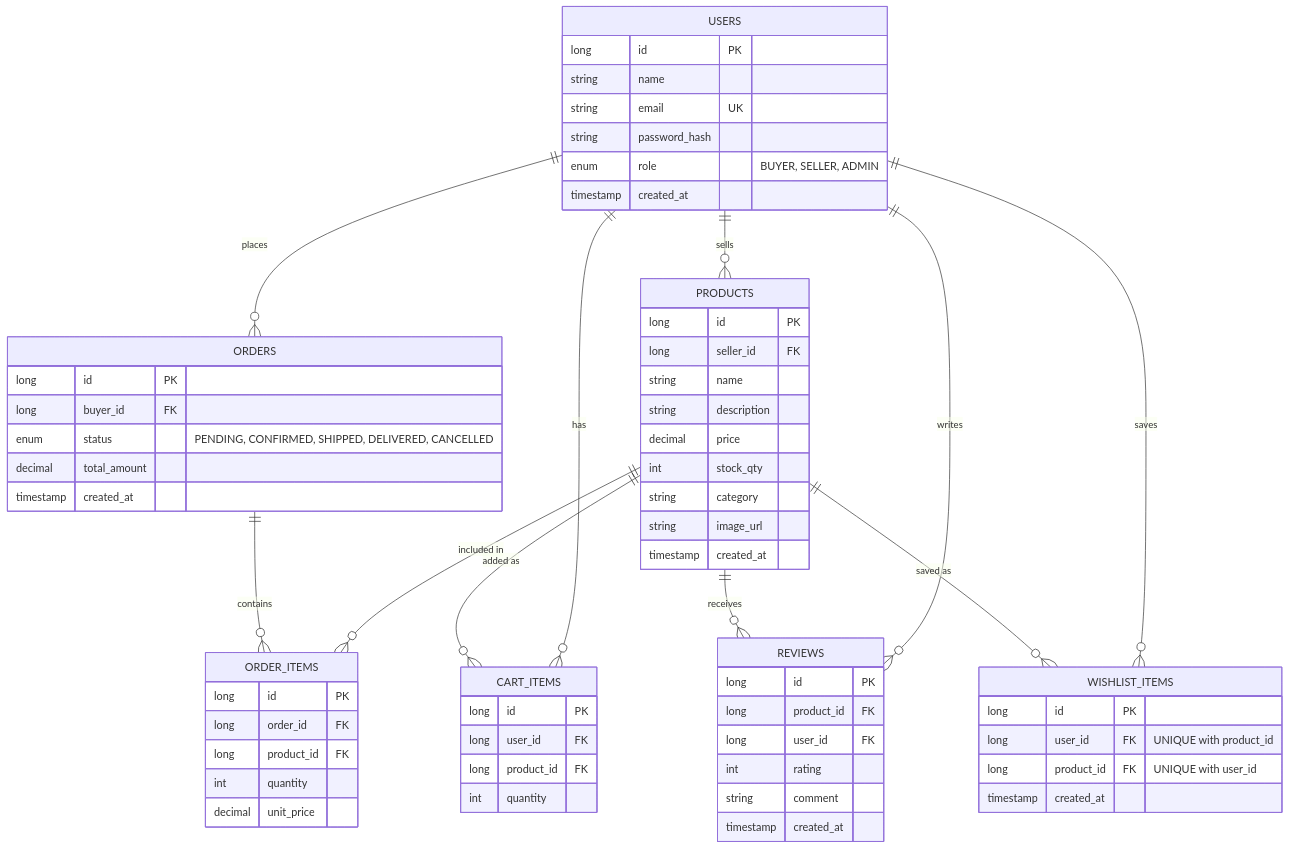
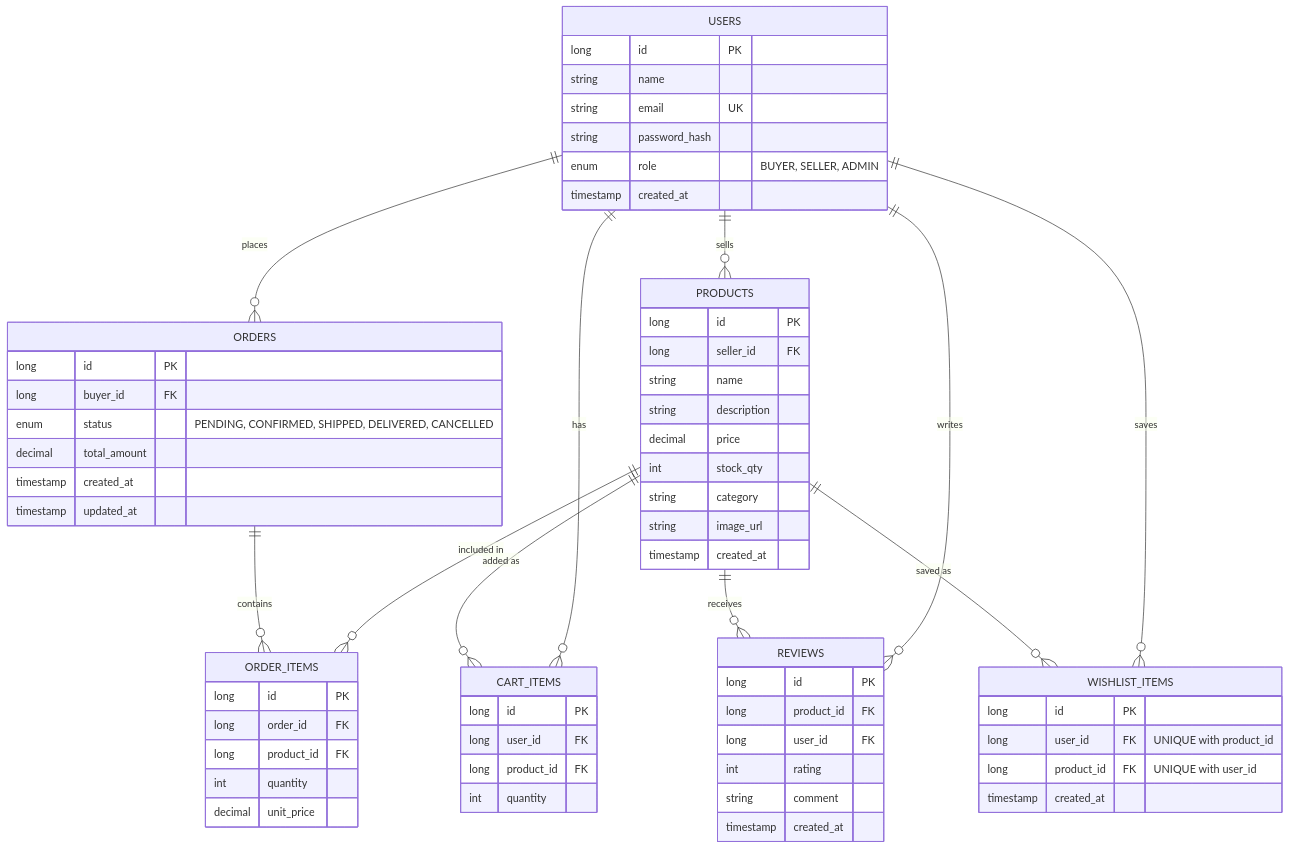
One commit to MahashriTA-sudo/Mahashri-mart changed the diagram in docs/D1-ER-diagram.mermaid. Above: the diagram before and after it, drawn with Mermaid.

Commit message:
docs: add updated_at to orders in ER diagram

```diff
--- a/docs/D1-ER-diagram.mermaid
+++ b/docs/D1-ER-diagram.mermaid
@@ -1,71 +1,72 @@
 erDiagram
     USERS ||--o{ PRODUCTS : "sells"
     USERS ||--o{ ORDERS : "places"
     USERS ||--o{ CART_ITEMS : "has"
     USERS ||--o{ REVIEWS : "writes"
     USERS ||--o{ WISHLIST_ITEMS : "saves"
     PRODUCTS ||--o{ ORDER_ITEMS : "included in"
     PRODUCTS ||--o{ CART_ITEMS : "added as"
     PRODUCTS ||--o{ REVIEWS : "receives"
     PRODUCTS ||--o{ WISHLIST_ITEMS : "saved as"
     ORDERS ||--o{ ORDER_ITEMS : "contains"
 
     USERS {
         long id PK
         string name
         string email UK
         string password_hash
         enum role "BUYER, SELLER, ADMIN"
         timestamp created_at
     }
 
     PRODUCTS {
         long id PK
         long seller_id FK
         string name
         string description
         decimal price
         int stock_qty
         string category
         string image_url
         timestamp created_at
     }
 
     ORDERS {
         long id PK
         long buyer_id FK
         enum status "PENDING, CONFIRMED, SHIPPED, DELIVERED, CANCELLED"
         decimal total_amount
         timestamp created_at
+        timestamp updated_at
     }
 
     ORDER_ITEMS {
         long id PK
         long order_id FK
         long product_id FK
         int quantity
         decimal unit_price
     }
 
     CART_ITEMS {
         long id PK
         long user_id FK
         long product_id FK
         int quantity
     }
 
     REVIEWS {
         long id PK
         long product_id FK
         long user_id FK
         int rating
         string comment
         timestamp created_at
     }
 
     WISHLIST_ITEMS {
         long id PK
         long user_id FK "UNIQUE with product_id"
         long product_id FK "UNIQUE with user_id"
         timestamp created_at
     }
```
